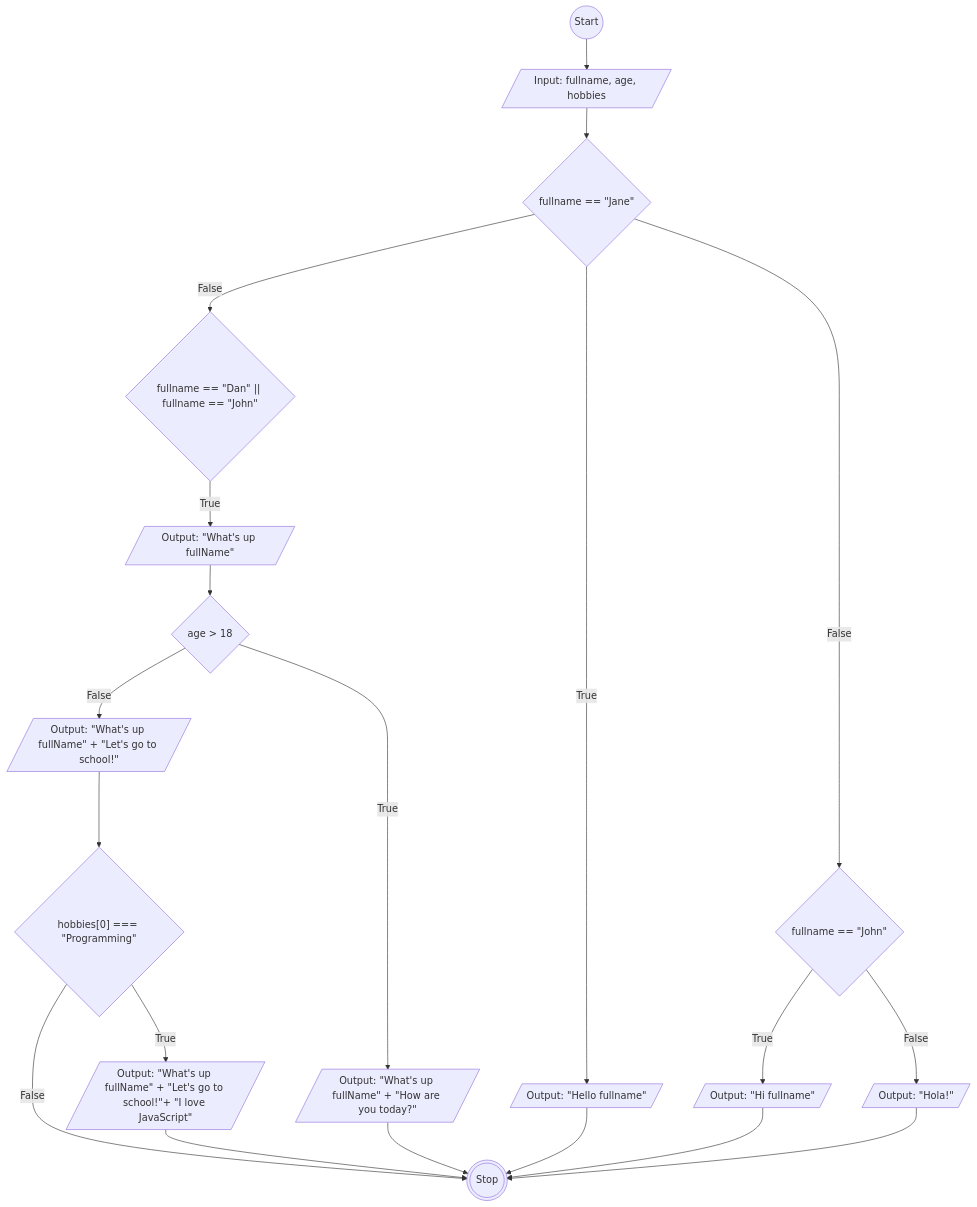
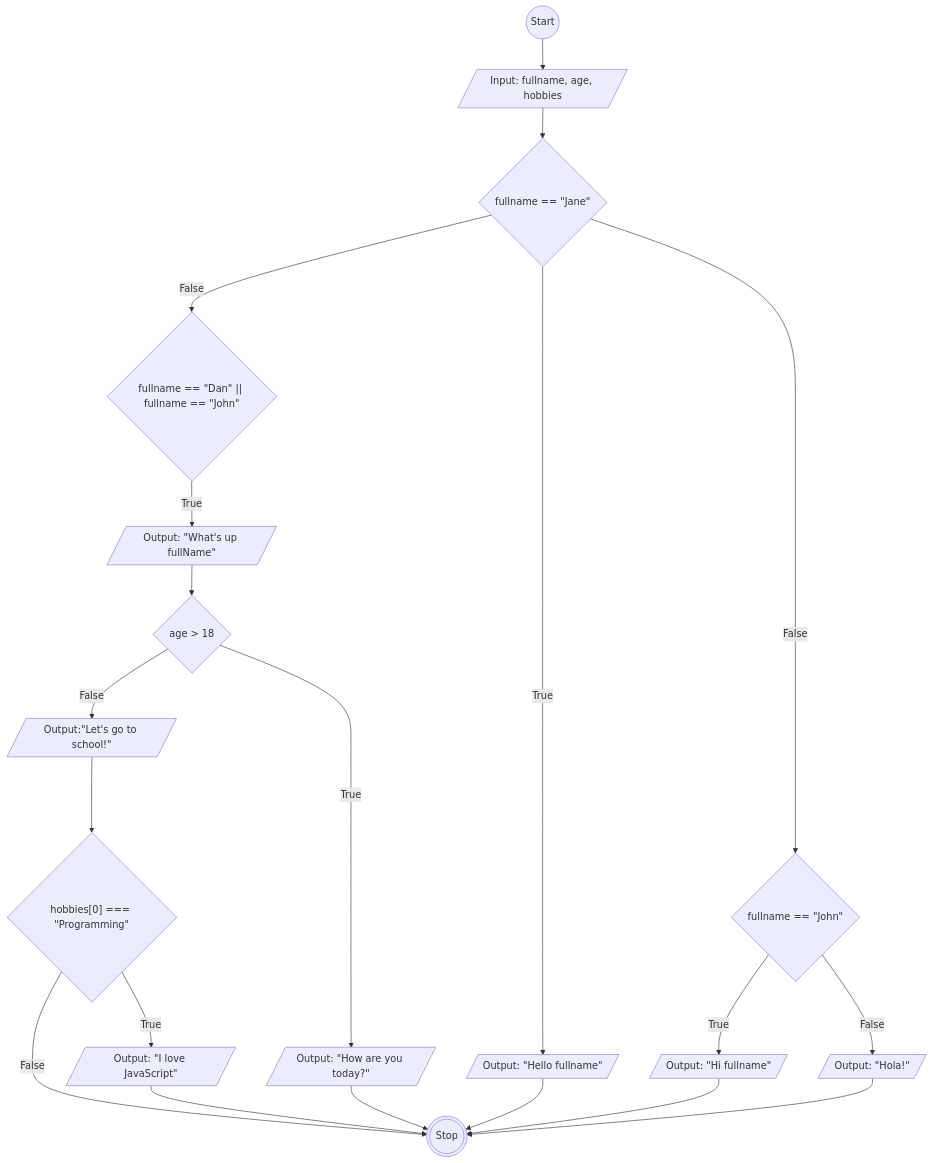
The diagram in Task3.md (Vincentius31/koda-b6-javascript1), drawn with Mermaid before and after one commit.

````diff
--- a/Task3.md
+++ b/Task3.md
@@ -1,38 +1,38 @@
 ```mermaid
 flowchart TD
 idStart((Start))
 idInput[/"Input: fullname, age, hobbies"/]
 idKondisi1{"fullname == #quot;Jane#quot;"}
 idKondisi1True[/Output: "Hello fullname"/]
 idKondisi1False{"fullname == #quot;Dan#quot; || fullname == #quot;John#quot;" }
 idKondisi1FalseJawabTrue[/"Output: #quot;What's up fullName#quot;"/]
 idKondisi1FalseJawabFalse{fullname == #quot;John#quot;}
 idKondisi2{age > 18}
-idKondisi2True[/"Output: #quot;What's up fullName#quot; + #quot;How are you today?#quot;"/]
-idKondisi2False[/"Output: #quot;What's up fullName#quot; + #quot;Let's go to school!#quot;"/]
+idKondisi2True[/"Output: #quot;How are you today?#quot;"/]
+idKondisi2False[/"Output:#quot;Let's go to school!#quot;"/]
 idKondisi3{"hobbies[0] === #quot;Programming#quot;"}
-idKondisi3True[/"Output: #quot;What's up fullName#quot; + #quot;Let's go to school!#quot;+ #quot;I love JavaScript#quot;"/]
+idKondisi3True[/"Output: #quot;I love JavaScript#quot;"/]
 idStop(((Stop)))
 idKondisi4True[/"Output: #quot;Hi fullname#quot;"/]
 idKondisi4False[/Output: #quot;Hola!#quot;/]
 
 
 idStart --> idInput --> idKondisi1
 idKondisi1 -- True --> idKondisi1True
 idKondisi1 -- False --> idKondisi1False
 idKondisi1False -- True --> idKondisi1FalseJawabTrue
 idKondisi1 -- False --> idKondisi1FalseJawabFalse
 idKondisi1FalseJawabFalse -- True --> idKondisi4True
 idKondisi1FalseJawabFalse -- False --> idKondisi4False
 idKondisi1FalseJawabTrue --> idKondisi2
 idKondisi2 -- True --> idKondisi2True
 idKondisi2 -- False --> idKondisi2False
 idKondisi2False ---> idKondisi3
 idKondisi3 -- True --> idKondisi3True
 idKondisi3 -- False --> idStop
 idKondisi3True --> idStop
 idKondisi2True --> idStop
 idKondisi1True --> idStop
 idKondisi4True --> idStop
 idKondisi4False --> idStop
 ```
````
